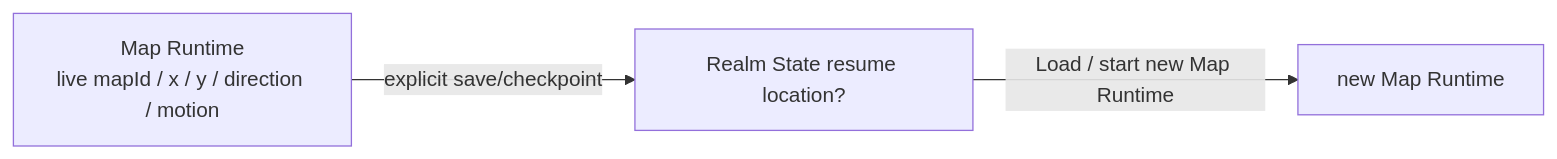
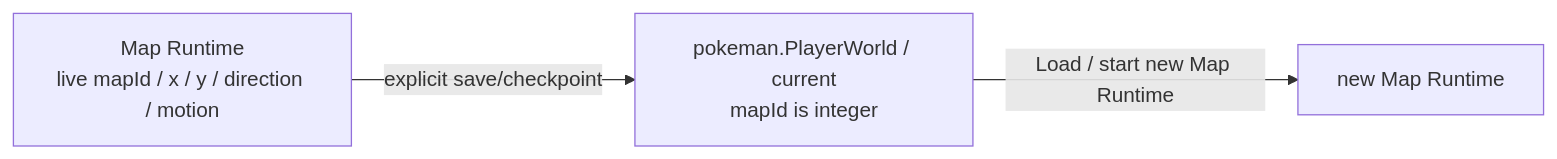
Before and after one commit to lithdoo/loom-realm: the tenth of 11 diagrams in examples/PokeMan/doc/65-data-model-diagram.md, drawn with Mermaid. The commit also changed other lines of this file, not shown here.

Commit message:
docs(PokeMan): sync diagrams with canonical schemas

````diff
--- a/examples/PokeMan/doc/65-data-model-diagram.md
+++ b/examples/PokeMan/doc/65-data-model-diagram.md
@@ -251,5 +248,5 @@
 ```mermaid
 flowchart LR
-  MapRuntime["Map Runtime\nlive mapId / x / y / direction / motion"] -->|explicit save/checkpoint| Resume["Realm State resume location?"]
+  MapRuntime["Map Runtime\nlive mapId / x / y / direction / motion"] -->|explicit save/checkpoint| Resume["pokeman.PlayerWorld / current\nmapId is integer"]
   Resume -->|Load / start new Map Runtime| MapRuntime2["new Map Runtime"]
 ```
````
